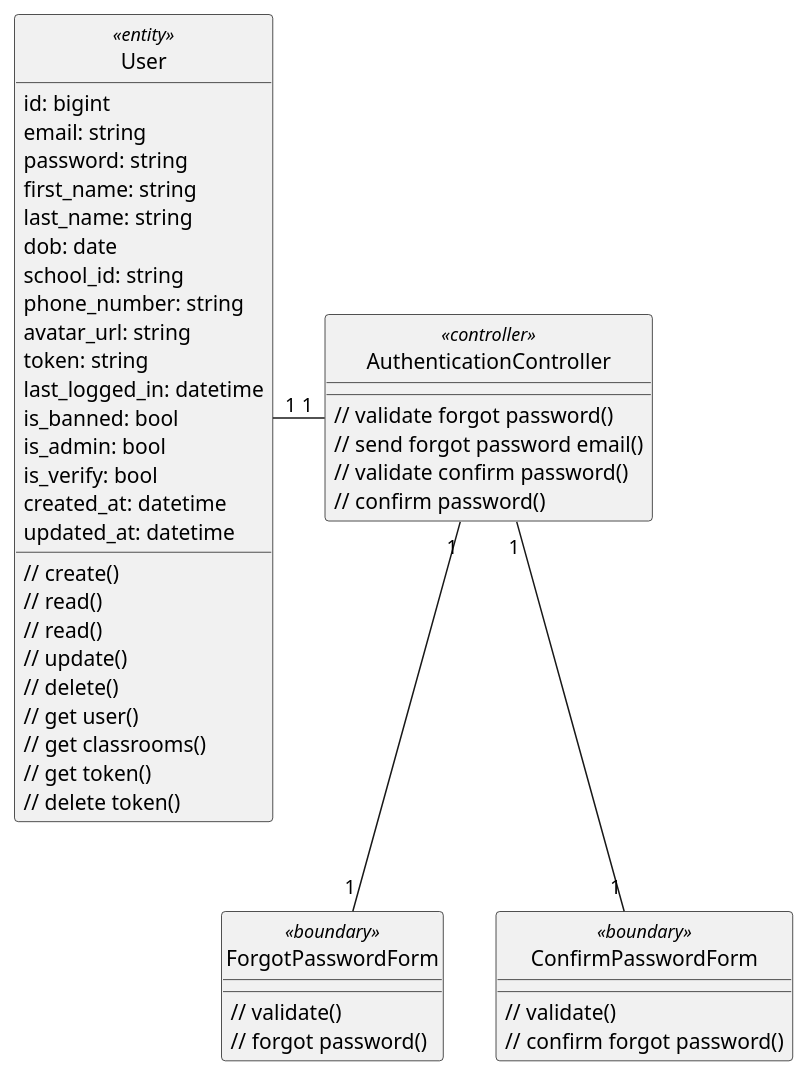
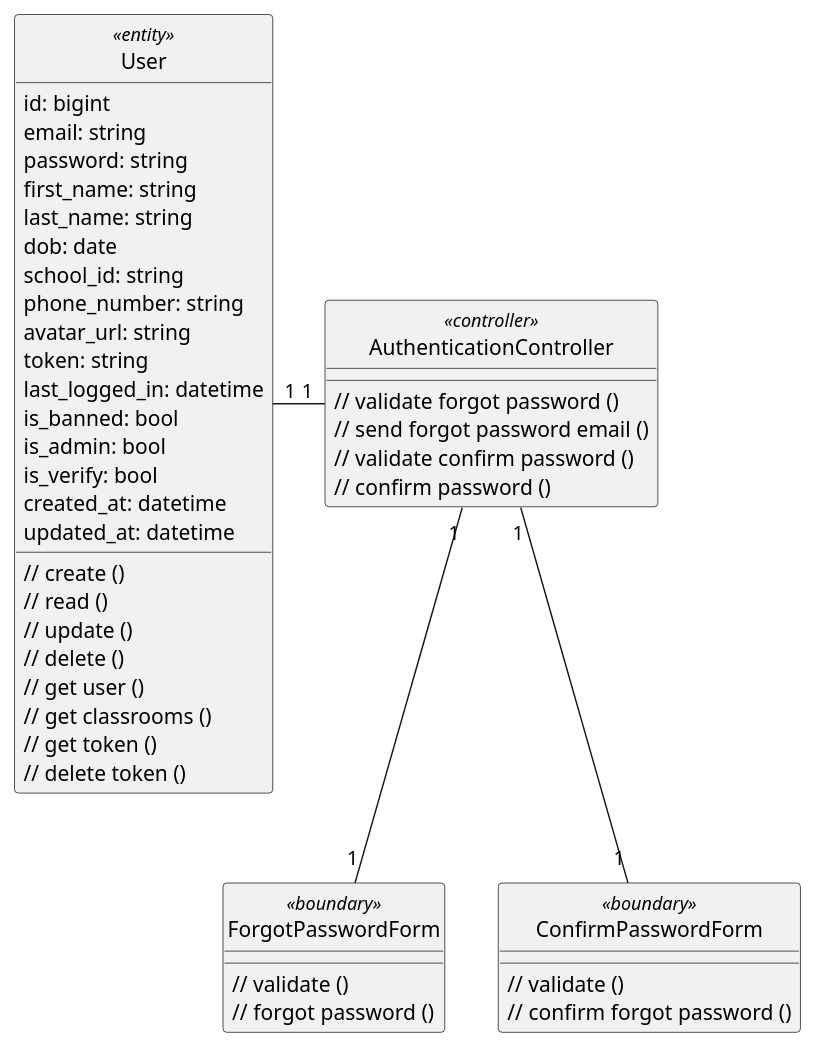
Before and after one commit to anonyhostvn/OOAD-Diagram: the diagram in class - analysis/authentication/forgotPassword.plantuml, drawn with PlantUML. The commit also changed 6 other files, not shown here.

```diff
--- a/class - analysis/authentication/forgotPassword.plantuml
+++ b/class - analysis/authentication/forgotPassword.plantuml
@@ -1,58 +1,57 @@
 @startuml login
 
 class User <<entity>> {
     id: bigint
     email: string
     password: string
     first_name: string
     last_name: string
     dob: date
     school_id: string
     phone_number: string
     avatar_url: string
     token: string
     last_logged_in: datetime
     is_banned: bool
     is_admin: bool
     is_verify: bool
     created_at: datetime
     updated_at: datetime
 
-    // create()
-    // read()
-    // read()
-    // update()
-    // delete()
-    // get user()
-    // get classrooms()
-    // get token()
-    // delete token()
+    // create ()
+    // read ()
+    // update ()
+    // delete ()
+    // get user ()
+    // get classrooms ()
+    // get token ()
+    // delete token ()
 }
 
 class ForgotPasswordForm <<boundary>> {
-    // validate()
-    // forgot password()
+    // validate ()
+    // forgot password ()
 }
 
 class ConfirmPasswordForm <<boundary>> {
-    // validate()
-    // confirm forgot password()
+    // validate ()
+    // confirm forgot password ()
 }
 
 
 class AuthenticationController <<controller>> {
-    // validate forgot password()
-    // send forgot password email()
-    // validate confirm password()
-    // confirm password()
+    // validate forgot password ()
+    // send forgot password email ()
+    // validate confirm password ()
+    // confirm password ()
 }
 
 hide User <<entity>> circle
 hide ForgotPasswordForm <<boundary>> circle
 hide ConfirmPasswordForm <<boundary>> circle
 hide AuthenticationController <<controller>> circle
 
 AuthenticationController "1" -left- "1" User
 AuthenticationController "1" -down- "1" ForgotPasswordForm
 AuthenticationController "1" -down- "1" ConfirmPasswordForm
 @enduml
```
